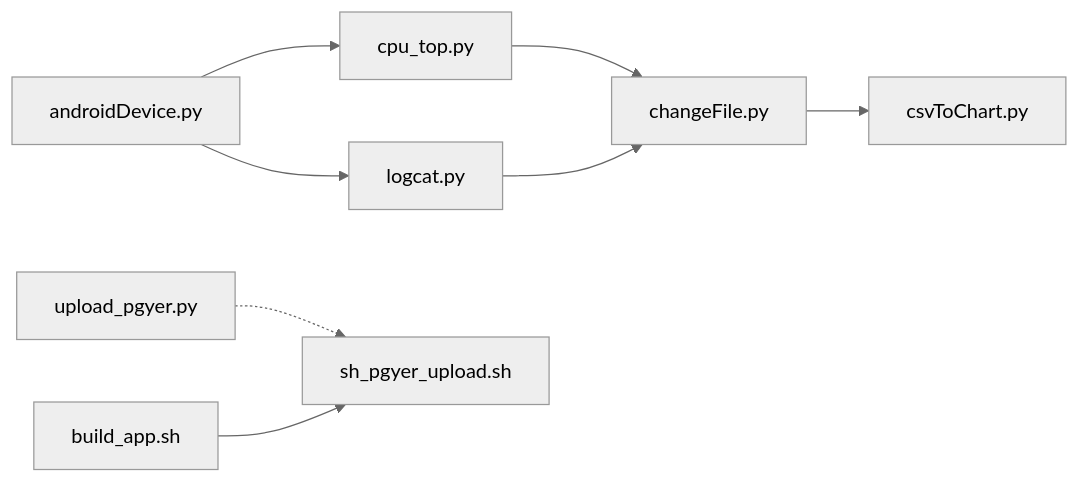
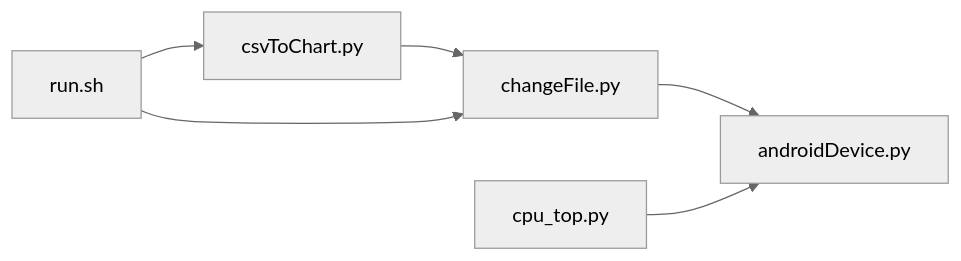
One commit to liximing1-ola/qa-perfCode changed the third of 3 diagrams in .qoder/repowiki/en/content/Troubleshooting and Maintenance.md. Above: the diagram before and after it, drawn with Mermaid (neutral theme). The commit also changed other lines of this file and 50 other files, not shown here.

````diff
--- a/.qoder/repowiki/en/content/Troubleshooting and Maintenance.md
+++ b/.qoder/repowiki/en/content/Troubleshooting and Maintenance.md
@@ -274,10 +244,8 @@
 ```mermaid
 graph LR
-AD["androidDevice.py"] --> CPU["cpu_top.py"]
-AD --> LCAT["logcat.py"]
-CPU --> CHG["changeFile.py"]
-LCAT --> CHG
-CHG --> C2C["csvToChart.py"]
-PYU["upload_pgyer.py"] -.-> SHU["sh_pgyer_upload.sh"]
-BAPP["build_app.sh"] --> SHU
+CF["changeFile.py"] --> AD["androidDevice.py"]
+C2C["csvToChart.py"] --> CF
+CPU["cpu_top.py"] --> AD
+RUN["run.sh"] --> CF
+RUN --> C2C
 ```
````
